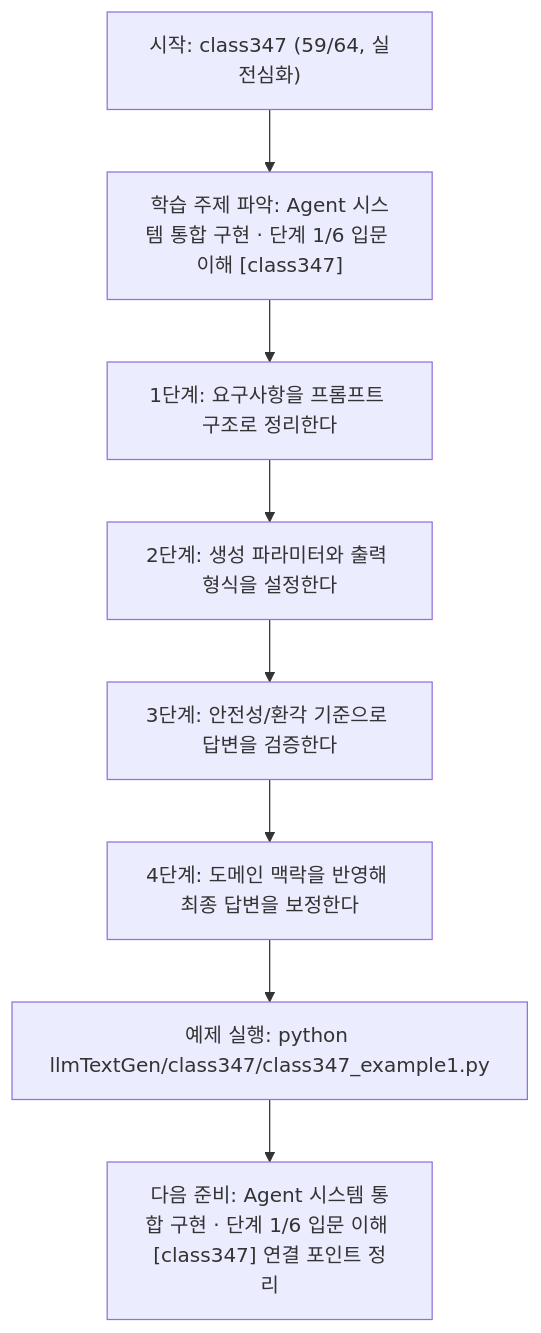
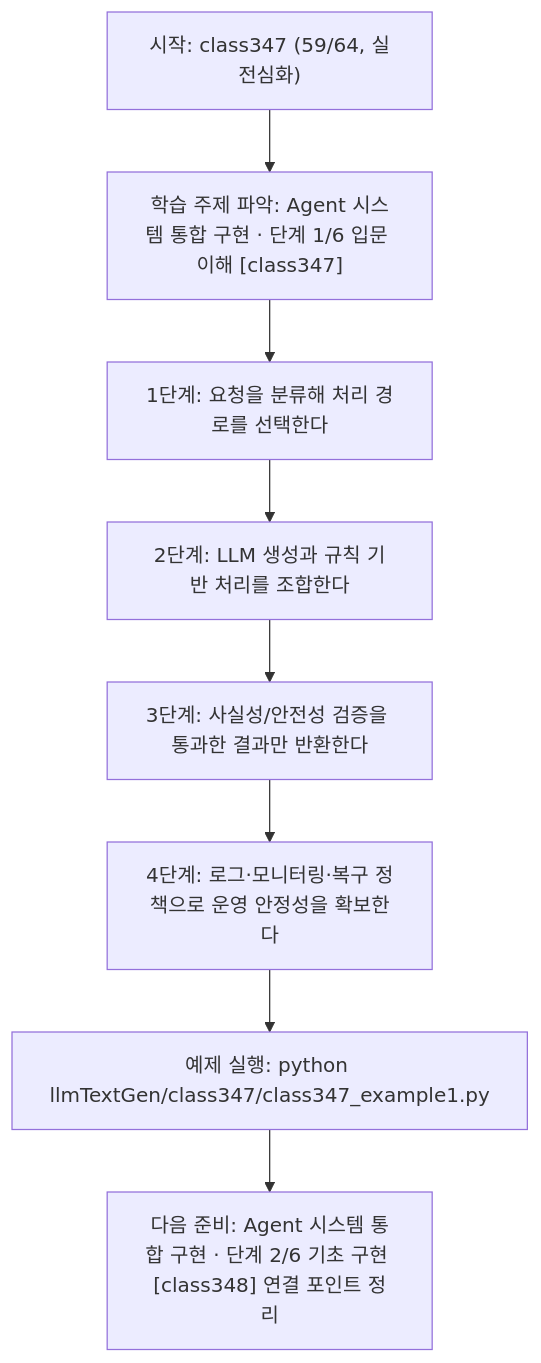
Before and after one commit to edumgt/Python-AI_Agent-Class: the diagram in llmTextGen/class347/class347.md, drawn with Mermaid. The commit also changed other lines of this file and 451 other files, not shown here.

````diff
--- a/llmTextGen/class347/class347.md
+++ b/llmTextGen/class347/class347.md
@@ -115,18 +95,18 @@
 ```mermaid
 flowchart TD
 N1["시작: class347 (59/64, 실전심화)"]
 N2["학습 주제 파악: Agent 시스템 통합 구현 · 단계 1/6 입문 이해 [class347]"]
-N3["1단계: 요구사항을 프롬프트 구조로 정리한다"]
-N4["2단계: 생성 파라미터와 출력 형식을 설정한다"]
-N5["3단계: 안전성/환각 기준으로 답변을 검증한다"]
-N6["4단계: 도메인 맥락을 반영해 최종 답변을 보정한다"]
+N3["1단계: 요청을 분류해 처리 경로를 선택한다"]
+N4["2단계: LLM 생성과 규칙 기반 처리를 조합한다"]
+N5["3단계: 사실성/안전성 검증을 통과한 결과만 반환한다"]
+N6["4단계: 로그·모니터링·복구 정책으로 운영 안정성을 확보한다"]
 N7["예제 실행: python llmTextGen/class347/class347_example1.py"]
-N8["다음 준비: Agent 시스템 통합 구현 · 단계 1/6 입문 이해 [class347] 연결 포인트 정리"]
+N8["다음 준비: Agent 시스템 통합 구현 · 단계 2/6 기초 구현 [class348] 연결 포인트 정리"]
 N1 --> N2
 N2 --> N3
 N3 --> N4
 N4 --> N5
 N5 --> N6
 N6 --> N7
 N7 --> N8
 ```
````
